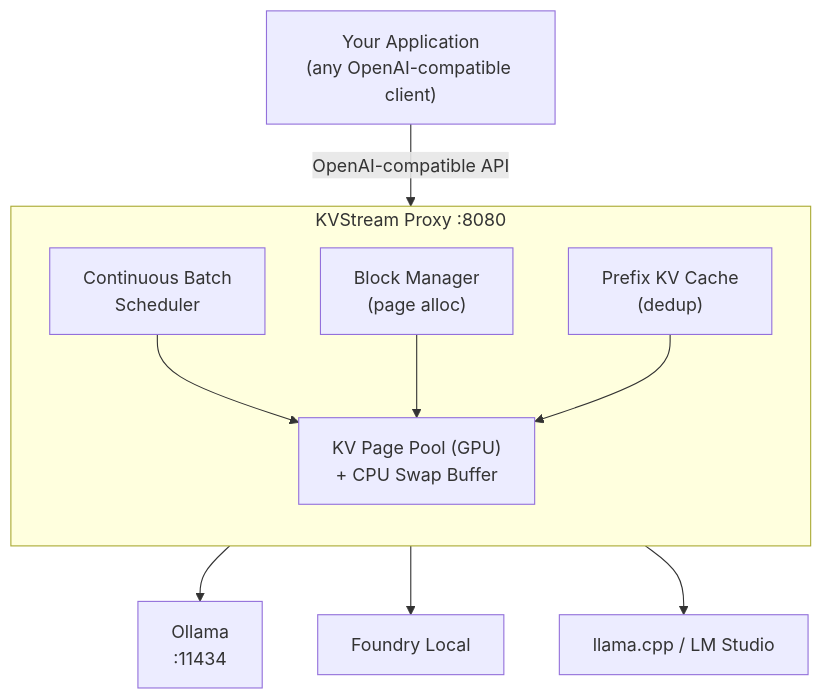
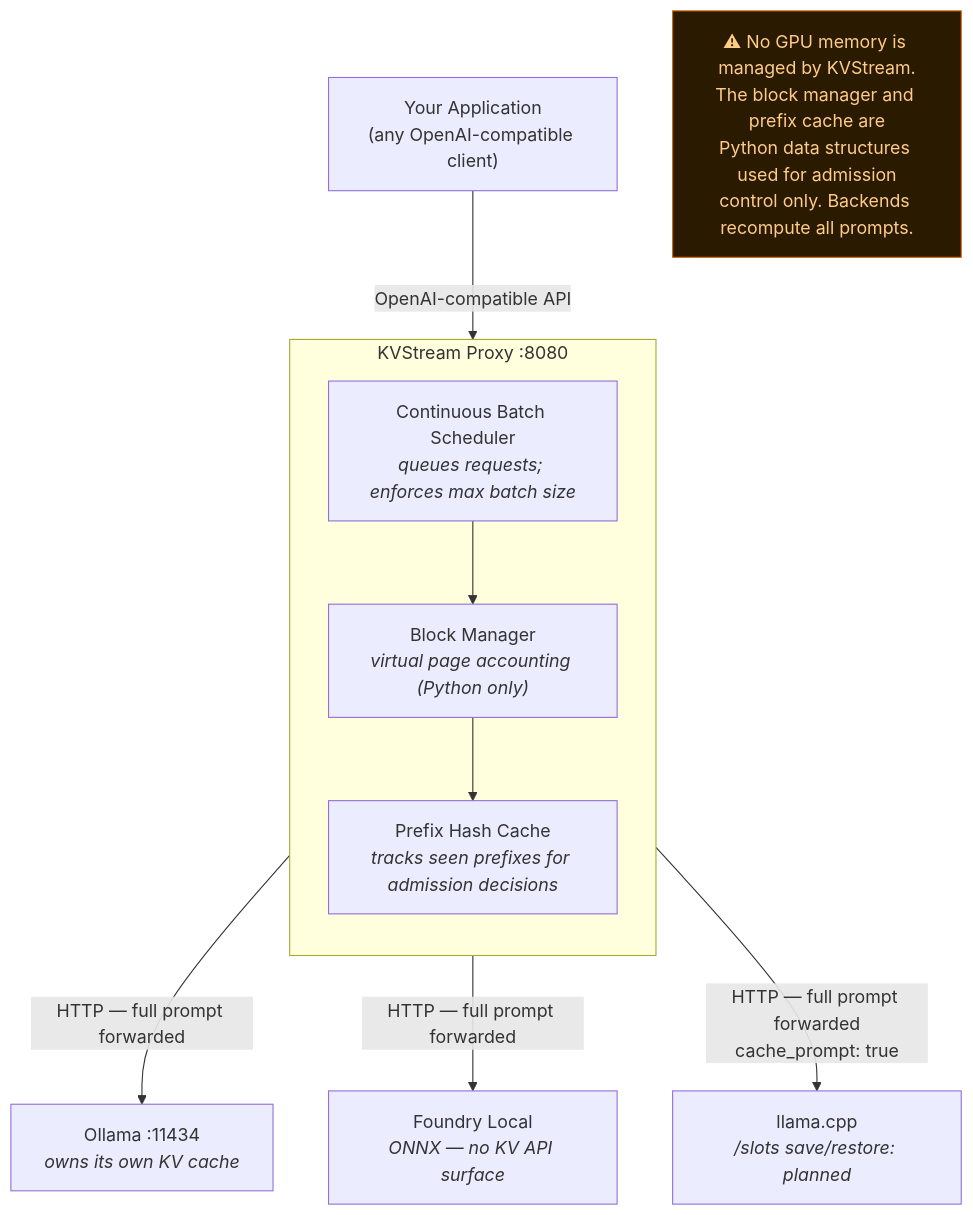
Before and after one commit to microsoft/KVstream: the diagram in README.md, drawn with Mermaid. The commit also changed other lines of this file and 1 other file, not shown here.

````diff
--- a/README.md
+++ b/README.md
@@ -40,20 +40,21 @@
 ```mermaid
 flowchart TD
     App["Your Application<br/>(any OpenAI-compatible client)"]
     App -->|"OpenAI-compatible API"| Proxy
 
     subgraph Proxy["KVStream Proxy :8080"]
         direction TB
-        Sched["Continuous Batch<br/>Scheduler"]
-        Block["Block Manager<br/>(page alloc)"]
-        Prefix["Prefix KV Cache<br/>(dedup)"]
-        Pool["KV Page Pool (GPU)<br/>+ CPU Swap Buffer"]
-        Sched --> Pool
-        Block --> Pool
-        Prefix --> Pool
+        Sched["Continuous Batch Scheduler<br/><i>queues requests; enforces max batch size</i>"]
+        Block["Block Manager<br/><i>virtual page accounting (Python only)</i>"]
+        Prefix["Prefix Hash Cache<br/><i>tracks seen prefixes for admission decisions</i>"]
+        Sched --> Block
+        Block --> Prefix
     end
 
-    Proxy --> Ollama["Ollama<br/>:11434"]
-    Proxy --> Foundry["Foundry Local"]
-    Proxy --> Llama["llama.cpp / LM Studio"]
+    Proxy -->|"HTTP — full prompt forwarded"| Ollama["Ollama :11434<br/><i>owns its own KV cache</i>"]
+    Proxy -->|"HTTP — full prompt forwarded"| Foundry["Foundry Local<br/><i>ONNX — no KV API surface</i>"]
+    Proxy -->|"HTTP — full prompt forwarded<br/>cache_prompt: true"| Llama["llama.cpp<br/><i>/slots save/restore: planned</i>"]
+
+    note["⚠ No GPU memory is managed by KVStream.<br/>The block manager and prefix cache are<br/>Python data structures used for admission<br/>control only. Backends recompute all prompts."]
+    style note fill:#2a1a00,stroke:#cc6600,color:#ffcc88
 ```
````
